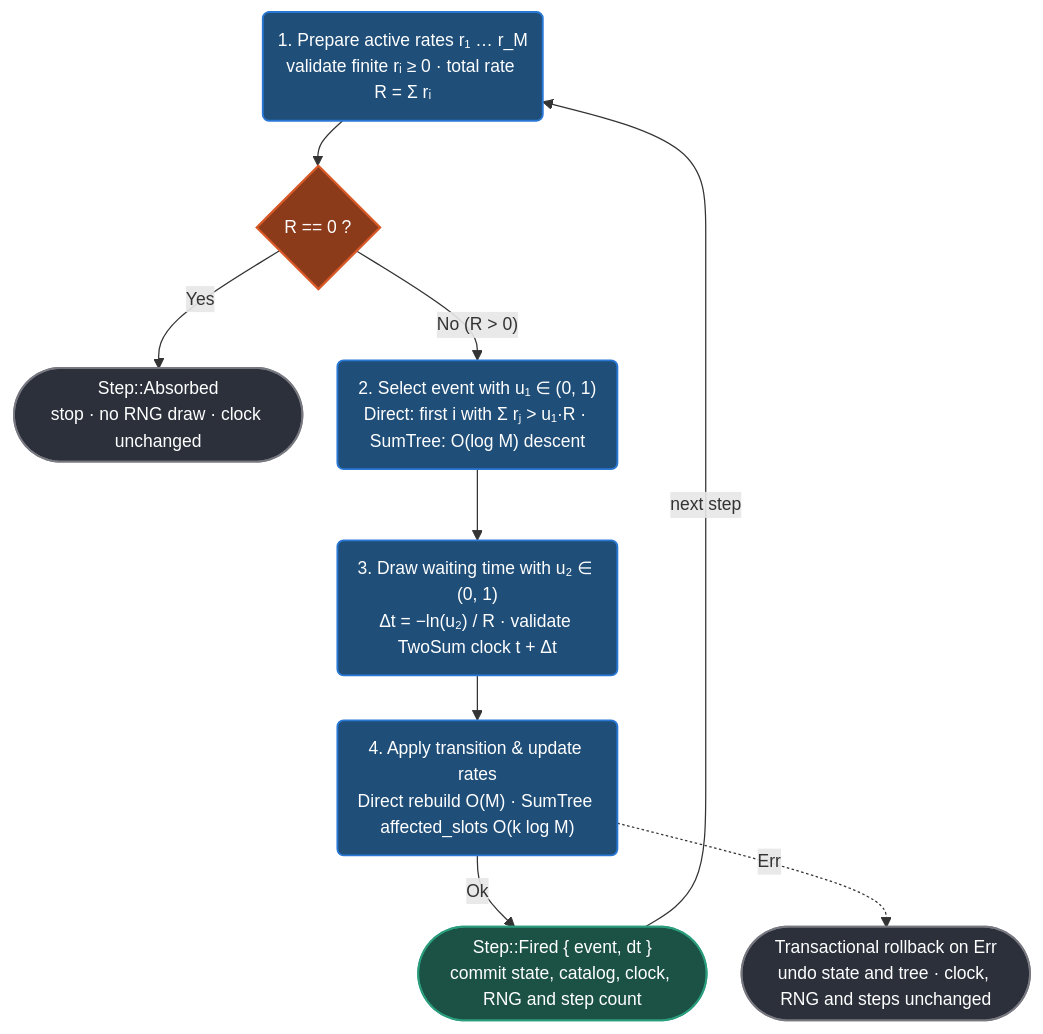
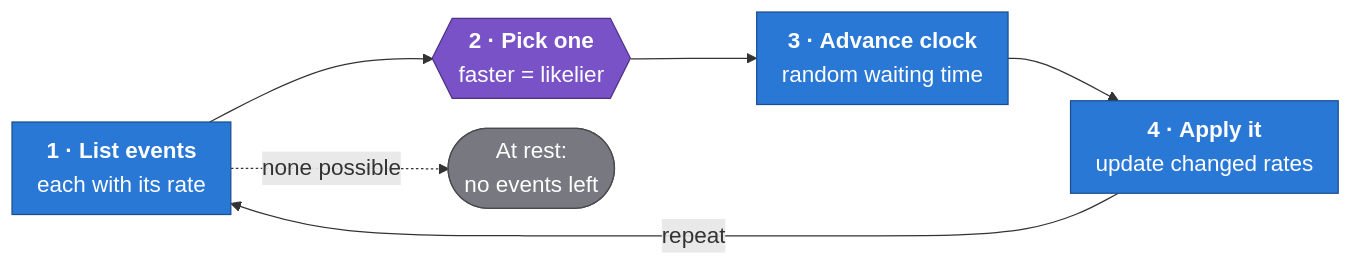
One commit to vzordillo/okrates changed the second of 2 diagrams in README.md. Above: the diagram before and after it, drawn with Mermaid. The commit also changed other lines of this file, not shown here.

Commit message:
README: restore the approved Mermaid diagrams, with shorter labels in the architecture

````diff
--- a/README.md
+++ b/README.md
@@ -89,30 +77,18 @@
 ```mermaid
-%%{init: {"flowchart": {"nodeSpacing": 28, "rankSpacing": 36, "padding": 12, "curve": "basis"}, "themeVariables": {"fontSize": "14px"}}}%%
-flowchart TB
-    prep("1. Prepare active rates r₁ … r_M<br/>validate finite rᵢ ≥ 0 · total rate R = Σ rᵢ")
-    zero{"R == 0 ?"}
-    absorbed(["Step::Absorbed<br/>stop · no RNG draw · clock unchanged"])
-    pick("2. Select event with u₁ ∈ (0, 1)<br/>Direct: first i with Σ rⱼ > u₁·R · SumTree: O(log M) descent")
-    wait("3. Draw waiting time with u₂ ∈ (0, 1)<br/>Δt = −ln(u₂) / R · validate TwoSum clock t + Δt")
-    apply("4. Apply transition & update rates<br/>Direct rebuild O(M) · SumTree affected_slots O(k log M)")
-    fired(["Step::Fired { event, dt }<br/>commit state, catalog, clock, RNG and step count"])
-    rollback(["Transactional rollback on Err<br/>undo state and tree · clock, RNG and steps unchanged"])
-
-    prep --> zero
-    zero -->|"Yes"| absorbed
-    zero -->|"No (R > 0)"| pick
-    pick --> wait --> apply
-    apply -->|"Ok"| fired
-    fired -->|"next step"| prep
-    apply -.->|"Err"| rollback
-
-    classDef stepNode fill:#1f4e79,stroke:#2a78d6,stroke-width:1.5px,color:#ffffff
-    classDef gateNode fill:#8c3b1a,stroke:#d95926,stroke-width:1.8px,color:#ffffff
-    classDef okNode fill:#1b5245,stroke:#2a9d7c,stroke-width:1.5px,color:#ffffff
-    classDef stopNode fill:#2b303b,stroke:#787880,stroke-width:1.5px,color:#ffffff
-
-    class prep,pick,wait,apply stepNode
-    class zero gateNode
-    class fired okNode
-    class absorbed,rollback stopNode
+%%{init: {"themeVariables": {"fontSize": "18px"}, "flowchart": {"nodeSpacing": 24, "rankSpacing": 50, "padding": 10}}}%%
+flowchart LR
+    s1["<b>1 · List events</b><br>each with its rate"]
+    s2{{"<b>2 · Pick one</b><br>faster = likelier"}}
+    s3["<b>3 · Advance clock</b><br>random waiting time"]
+    s4["<b>4 · Apply it</b><br>update changed rates"]
+    rest(["At rest:<br>no events left"])
+    s1 --> s2 --> s3 --> s4
+    s4 -->|"repeat"| s1
+    s1 -.->|"none possible"| rest
+    classDef step fill:#2a78d6,stroke:#1b4f8f,color:#ffffff
+    classDef key fill:#7a52c7,stroke:#4d3285,color:#ffffff
+    classDef rest fill:#787880,stroke:#4a4a50,color:#ffffff
+    class s1,s3,s4 step
+    class s2 key
+    class rest rest
 ```
````
